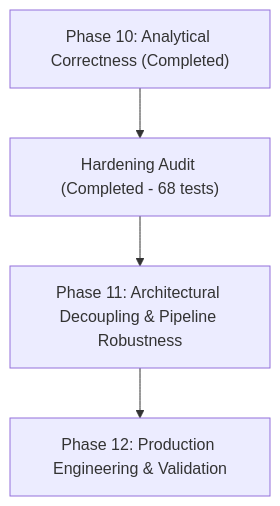
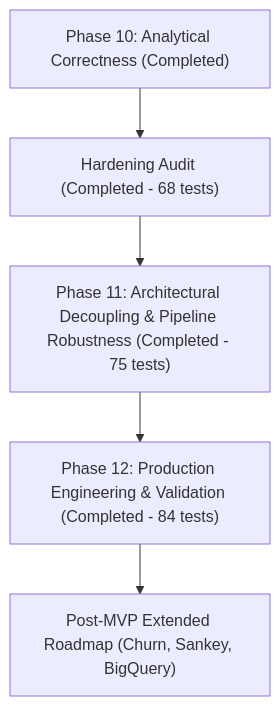
The diagram in PROJECT_PROGRESS_REPORT.md (Khare69/RFM-Cluster360), drawn with Mermaid before and after one commit. The commit also changed other lines of this file and 39 other files, not shown here.

Commit message:
ci: production engineering — ruff, pyright, docker build in CI, quintile baselines, smoke suite (Phase 12)

````diff
--- a/PROJECT_PROGRESS_REPORT.md
+++ b/PROJECT_PROGRESS_REPORT.md
@@ -543,6 +562,7 @@
 ```mermaid
 graph TD
     P10["Phase 10: Analytical Correctness (Completed)"] --> HARDEN["Hardening Audit (Completed - 68 tests)"]
-    HARDEN --> P11["Phase 11: Architectural Decoupling & Pipeline Robustness"]
-    P11 --> P12["Phase 12: Production Engineering & Validation"]
+    HARDEN --> P11["Phase 11: Architectural Decoupling & Pipeline Robustness (Completed - 75 tests)"]
+    P11 --> P12["Phase 12: Production Engineering & Validation (Completed - 84 tests)"]
+    P12 --> POSTMVP["Post-MVP Extended Roadmap (Churn, Sankey, BigQuery)"]
 ```
````
